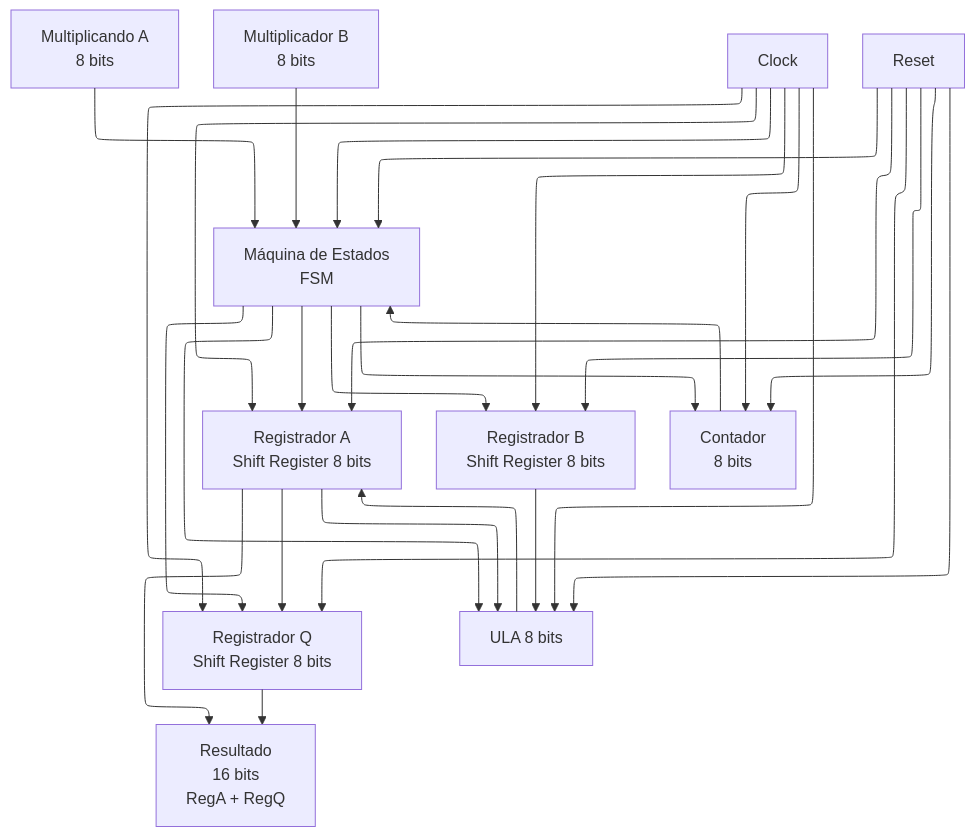
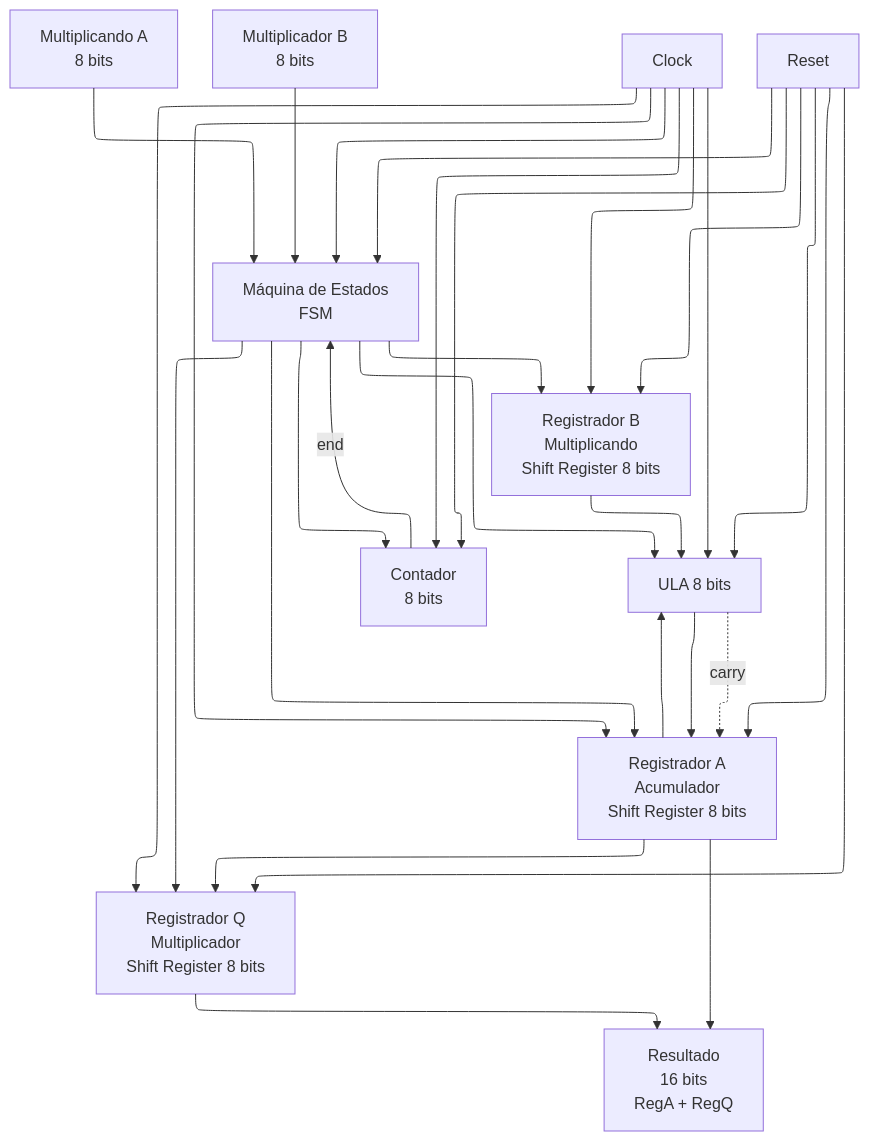
The diagram in doc/diagrama-de-blocos.mmd (Guilherme-07062002/shift-add-multiplier-system-verilog), drawn with Mermaid before and after one commit.

Commit message:
refactor: atualiza diagrama de blocos com melhorias na descrição dos registradores

```diff
--- a/doc/diagrama-de-blocos.mmd
+++ b/doc/diagrama-de-blocos.mmd
@@ -1,17 +1,18 @@
 ---
 config:
   layout: elk
   look: classic
   theme: mc
 ---
 flowchart TD
     A["Multiplicando A<br>8 bits"] --> FSM["Máquina de Estados<br>FSM"]
     B["Multiplicador B<br>8 bits"] --> FSM
-    CLK["Clock"] --> FSM & RegA["Registrador A<br>Shift Register 8 bits"] & RegB["Registrador B<br>Shift Register 8 bits"] & RegQ["Registrador Q<br>Shift Register 8 bits"] & Counter["Contador<br>8 bits"] & ULA["ULA 8 bits"]
+    CLK["Clock"] --> FSM & RegA["Registrador A<br>Acumulador<br>Shift Register 8 bits"] & RegB["Registrador B<br>Multiplicando<br>Shift Register 8 bits"] & RegQ["Registrador Q<br>Multiplicador<br>Shift Register 8 bits"] & Counter["Contador<br>8 bits"] & ULA["ULA 8 bits"]
     RST["Reset"] --> FSM & RegA & RegB & RegQ & Counter & ULA
     FSM --> RegA & RegB & RegQ & Counter & ULA
     RegA --> ULA & RegQ & Resultado["Resultado<br>16 bits<br>RegA + RegQ"]
     RegB --> ULA
     ULA --> RegA
-    Counter --> FSM
+    ULA -.->|carry| RegA
+    Counter -->|end| FSM
     RegQ --> Resultado
```
